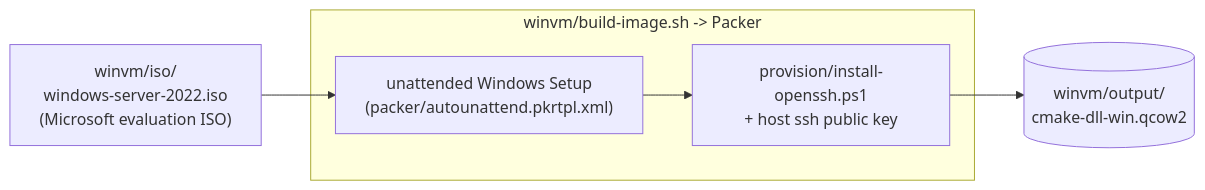
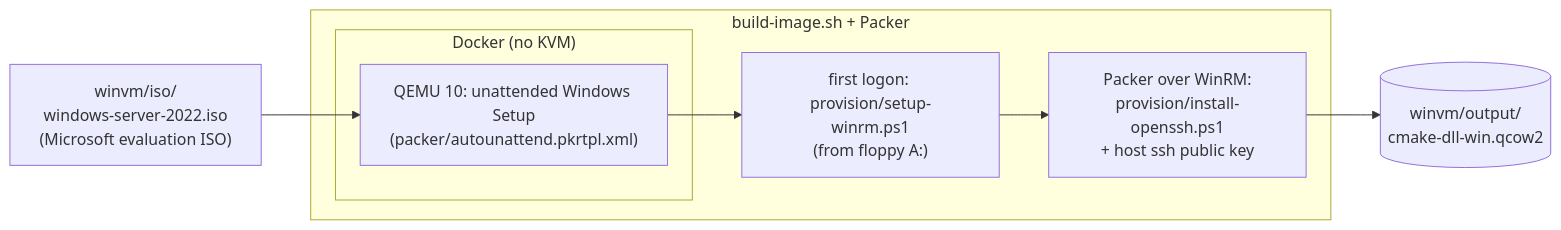
One commit to JohnBlue-git/Windows_CMake_Build changed the fourth of 5 diagrams in README.md. Above: the diagram before and after it, drawn with Mermaid. The commit also changed other lines of this file and 8 other files, not shown here.

````diff
--- a/README.md
+++ b/README.md
@@ -115,11 +120,14 @@
 ```mermaid
 flowchart LR
     ISO["winvm/iso/<br/>windows-server-2022.iso<br/>(Microsoft evaluation ISO)"]
-    subgraph PK["winvm/build-image.sh -> Packer"]
-        P1["unattended Windows Setup<br/>(packer/autounattend.pkrtpl.xml)"]
-        P2["provision/install-openssh.ps1<br/>+ host ssh public key"]
-        P1 --> P2
+    subgraph PK["build-image.sh + Packer"]
+        subgraph CT["Docker (no KVM)"]
+            P1["QEMU 10: unattended Windows Setup<br/>(packer/autounattend.pkrtpl.xml)"]
+        end
+        P2["first logon: provision/setup-winrm.ps1<br/>(from floppy A:)"]
+        P3["Packer over WinRM:<br/>provision/install-openssh.ps1<br/>+ host ssh public key"]
+        P1 --> P2 --> P3
     end
     ISO --> P1
-    P2 --> BASE[("winvm/output/<br/>cmake-dll-win.qcow2")]
+    P3 --> BASE[("winvm/output/<br/>cmake-dll-win.qcow2")]
 ```
````
